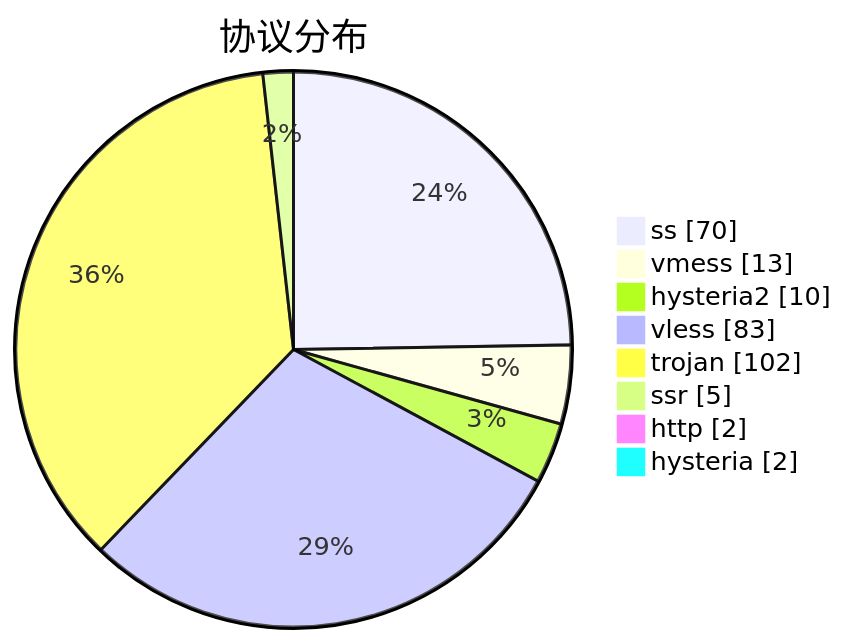
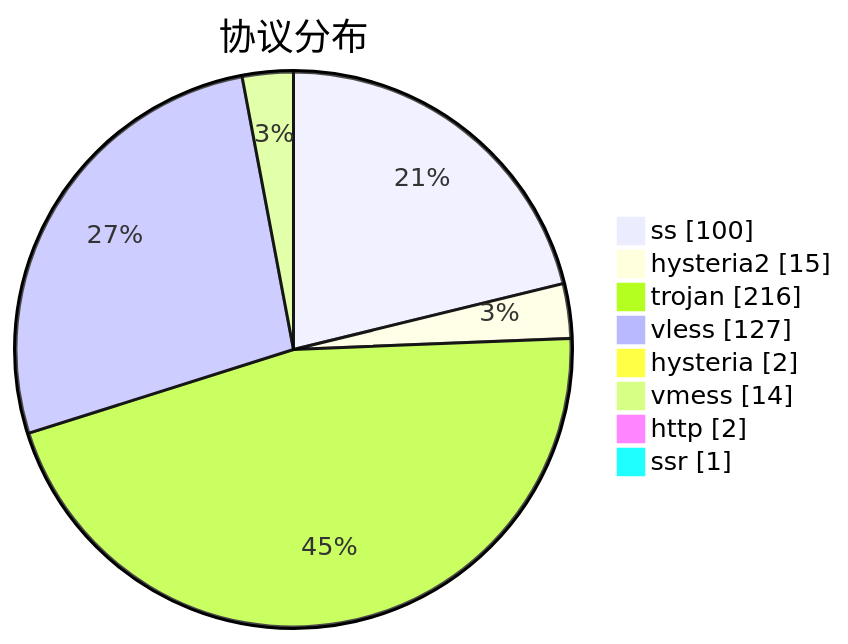
Before and after one commit to sinspired/airport: the third of 3 diagrams in subs/statistics/tested_within.md, drawn with Mermaid. The commit also changed other lines of this file and 2 other files, not shown here.

````diff
--- a/subs/statistics/tested_within.md
+++ b/subs/statistics/tested_within.md
@@ -62,12 +60,12 @@
 ```mermaid
 pie showData
 title 协议分布
-"ss" : 70
-"vmess" : 13
-"hysteria2" : 10
-"vless" : 83
-"trojan" : 102
-"ssr" : 5
+"ss" : 100
+"hysteria2" : 15
+"trojan" : 216
+"vless" : 127
+"hysteria" : 2
+"vmess" : 14
 "http" : 2
-"hysteria" : 2
+"ssr" : 1
 ```
````
